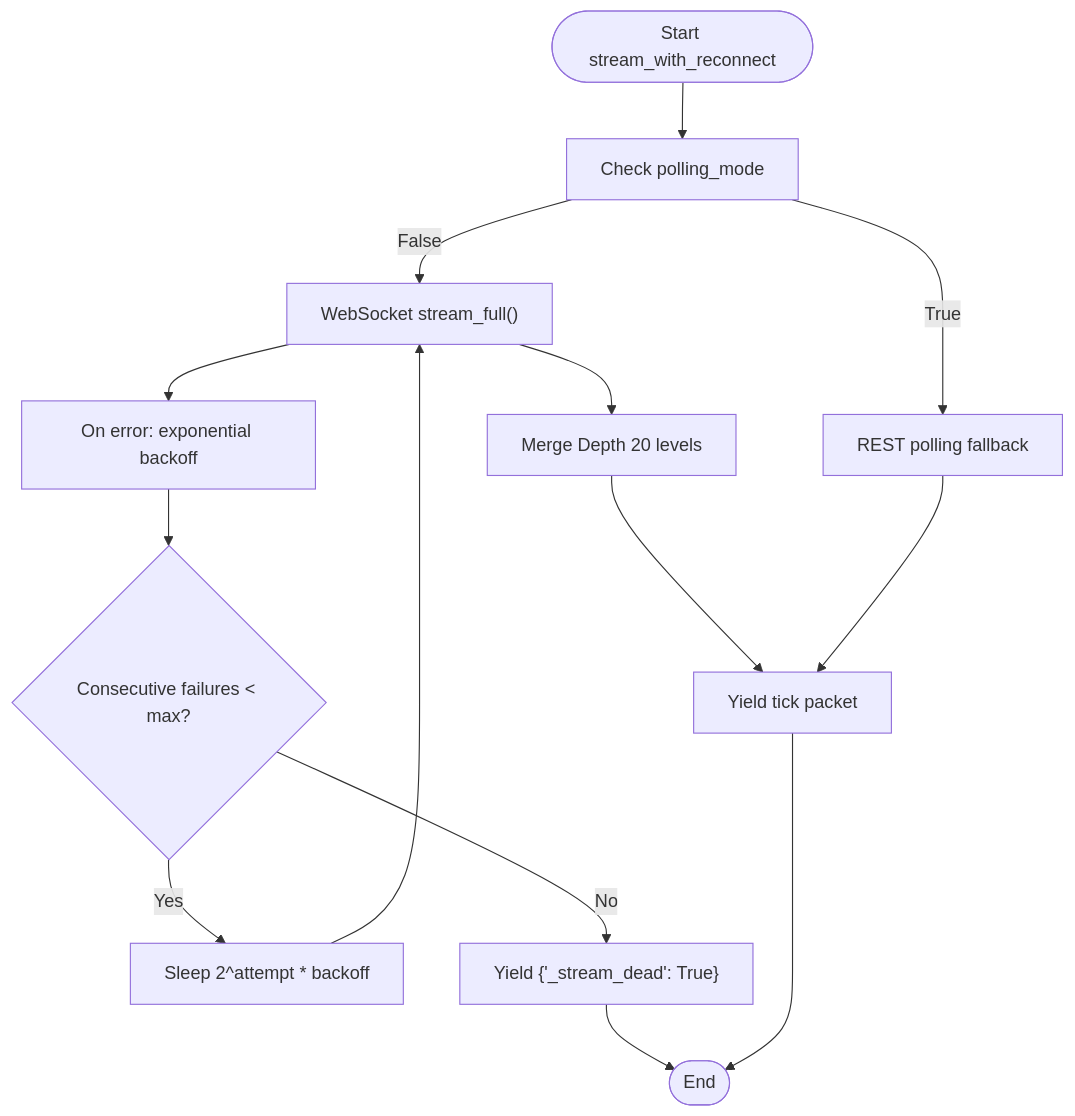
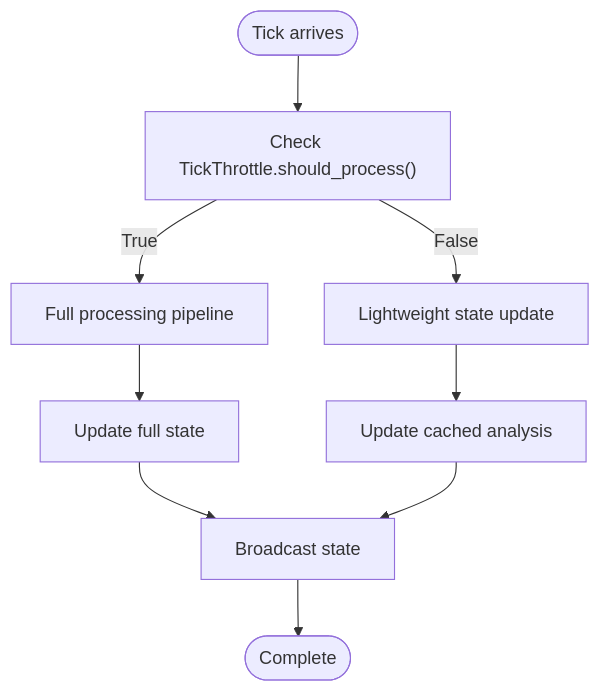
Before and after one commit to gemrajkhatry-maker/v5-of-glassytrade-ai: the fourth of 5 diagrams in .qoder/repowiki/en/content/Backend Application/Core Services/Trading Engine.md, drawn with Mermaid. The commit also changed other lines of this file and 930 other files, not shown here.

````diff
--- a/.qoder/repowiki/en/content/Backend Application/Core Services/Trading Engine.md
+++ b/.qoder/repowiki/en/content/Backend Application/Core Services/Trading Engine.md
@@ -237,14 +354,11 @@
 ```mermaid
 flowchart TD
-Start(["Start stream_with_reconnect"]) --> CheckPolling["Check polling_mode"]
-CheckPolling --> |True| Poll["REST polling fallback"]
-CheckPolling --> |False| WS["WebSocket stream_full()"]
-WS --> DepthMerge["Merge Depth 20 levels"]
-DepthMerge --> Yield["Yield tick packet"]
-WS --> Reconnect["On error: exponential backoff"]
-Reconnect --> Retry{"Consecutive failures < max?"}
-Retry --> |Yes| SleepWait["Sleep 2^attempt * backoff"] --> WS
-Retry --> |No| Dead["Yield {'_stream_dead': True}"] --> End
-Poll --> Yield
-Yield --> End(["End"])
+Start(["Tick arrives"]) --> CheckThrottle["Check TickThrottle.should_process()"]
+CheckThrottle --> |True| FullProcess["Full processing pipeline"]
+CheckThrottle --> |False| ThrottledUpdate["Lightweight state update"]
+FullProcess --> UpdateState["Update full state"]
+ThrottledUpdate --> UpdateCache["Update cached analysis"]
+UpdateState --> Broadcast["Broadcast state"]
+UpdateCache --> Broadcast
+Broadcast --> End(["Complete"])
 ```
````
